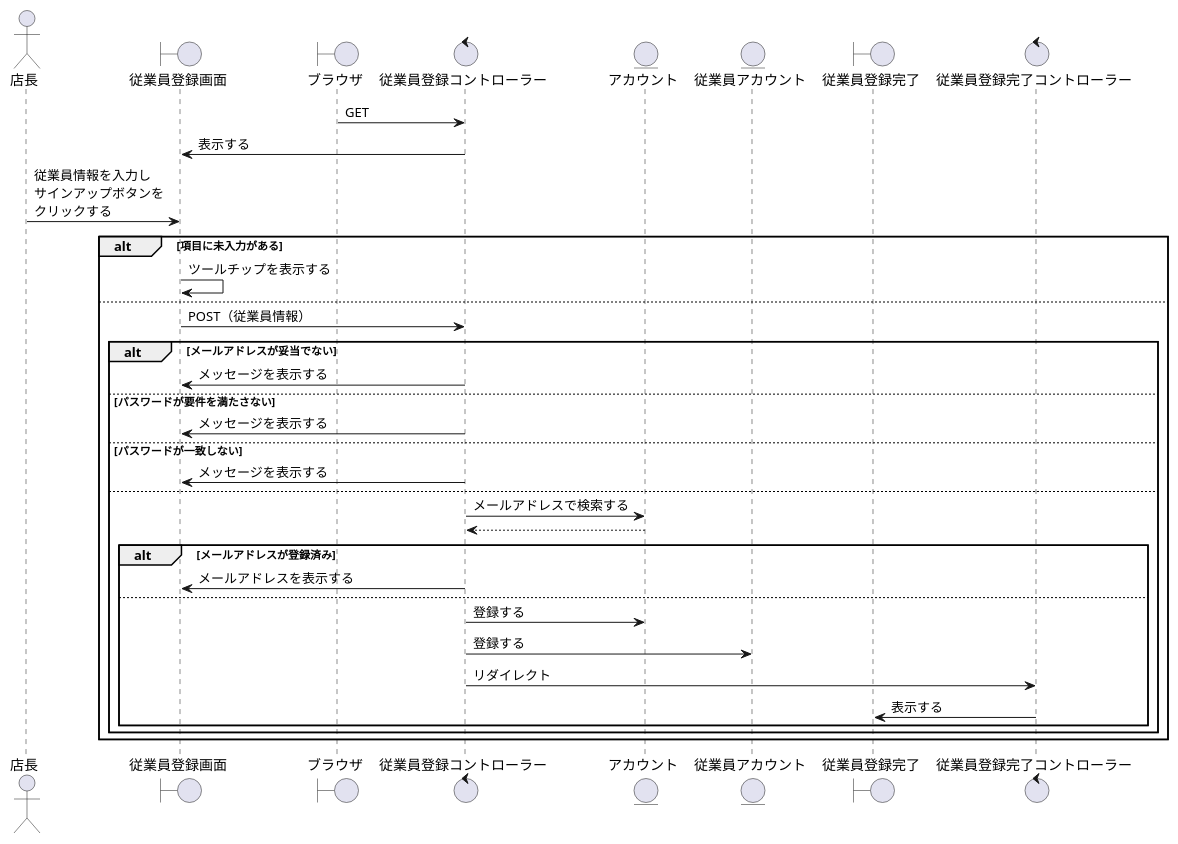
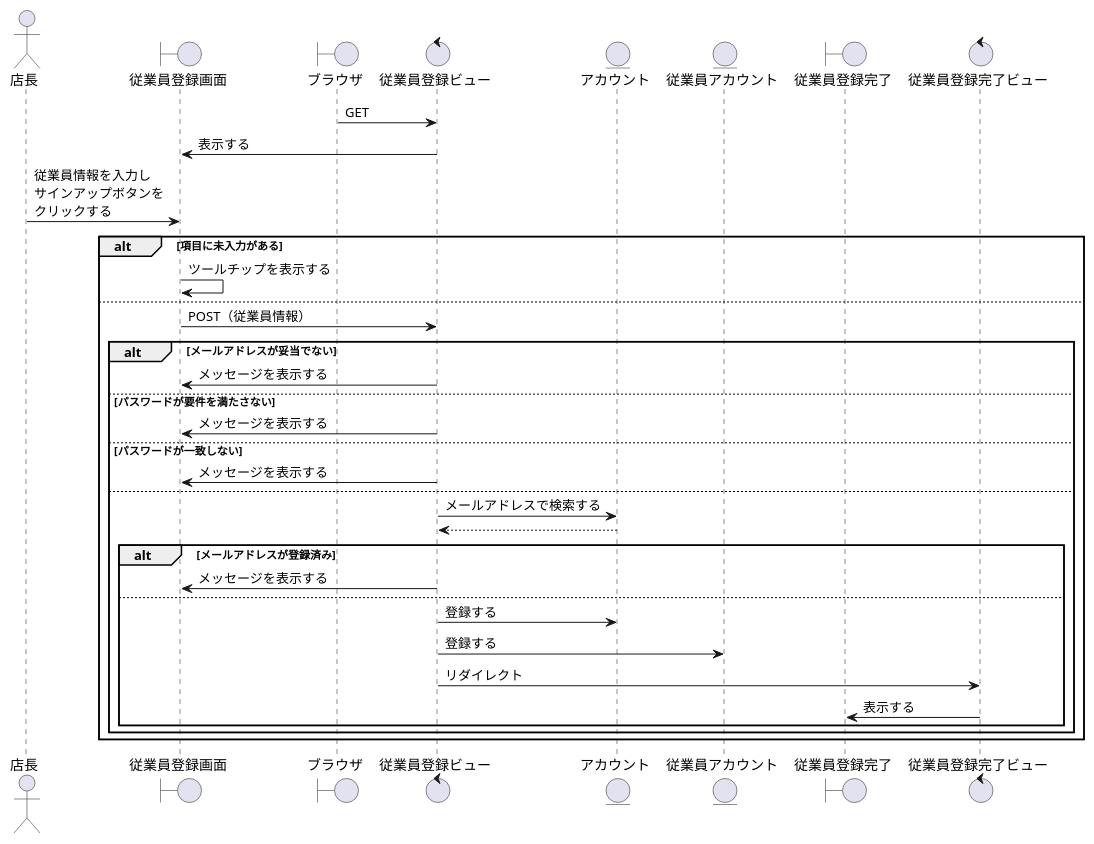
One commit to ysyk-wtnb16/team_D changed the diagram in BBショップ/従業員登録.wsd. Above: the diagram before and after it, drawn with PlantUML. The commit also changed 3 other files, not shown here.

```diff
--- a/BBショップ/従業員登録.wsd
+++ b/BBショップ/従業員登録.wsd
@@ -1,51 +1,51 @@
 @startuml jsingup
 ' ①縦軸の並び順を決める
 actor "店長" as act
 boundary "従業員登録画面" as jtb
 ' コントローラーに初回アクセスするもの
 boundary "ブラウザ" as brz
 ' コントローラーまたはビューの名称を決める
-control "従業員登録コントローラー" as jtc
+control "従業員登録ビュー" as jtc
 ' DAOまたはモデルとなる
 entity "アカウント" as account
 entity "従業員アカウント" as jaccount
 
 boundary "従業員登録完了" as jkb
-control "従業員登録完了コントローラー" as jkc
+control "従業員登録完了ビュー" as jkc
 
 ' ②手順を時系列順に記述する
 brz -> jtc: GET
 
 jtb <- jtc:表示する
 
 act -> jtb:従業員情報を入力し\nサインアップボタンを\nクリックする
 
 alt 項目に未入力がある
     ' HTMLで行うことなので自己向き矢印にしている
     jtb -> jtb:ツールチップを表示する
 else
     ' サーバーに送信する
     ' どんなデータを送信するのかを記述
     jtb -> jtc: POST（従業員情報）
     
     alt メールアドレスが妥当でない
         jtb <- jtc: メッセージを表示する
     else パスワードが要件を満たさない
         jtb <- jtc: メッセージを表示する
     else パスワードが一致しない
         jtb <- jtc: メッセージを表示する
     else 
         jtc -> account: メールアドレスで検索する
         jtc <-- account
         alt メールアドレスが登録済み
-            jtb <- jtc: メールアドレスを表示する
+            jtb <- jtc: メッセージを表示する
         else
             jtc -> account: 登録する
             jtc -> jaccount: 登録する
 
             jtc -> jkc: リダイレクト
             jkb <- jkc:表示する
         end
     end
 end
 @enduml
```
